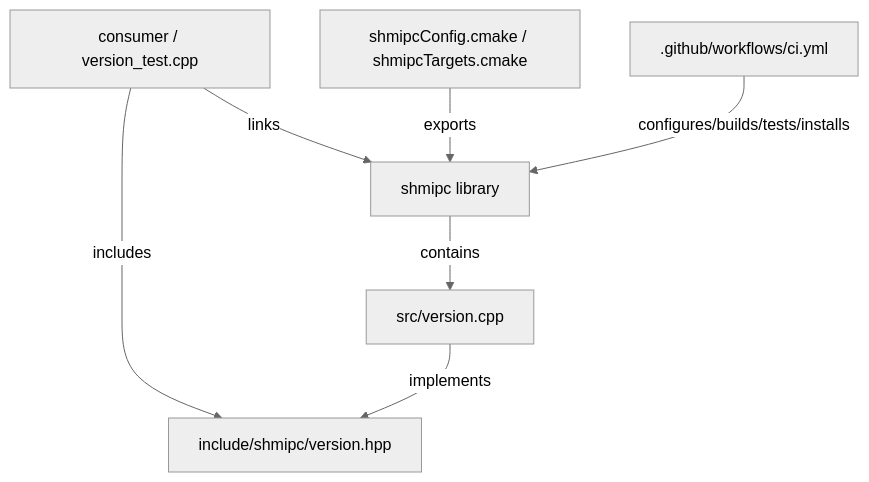
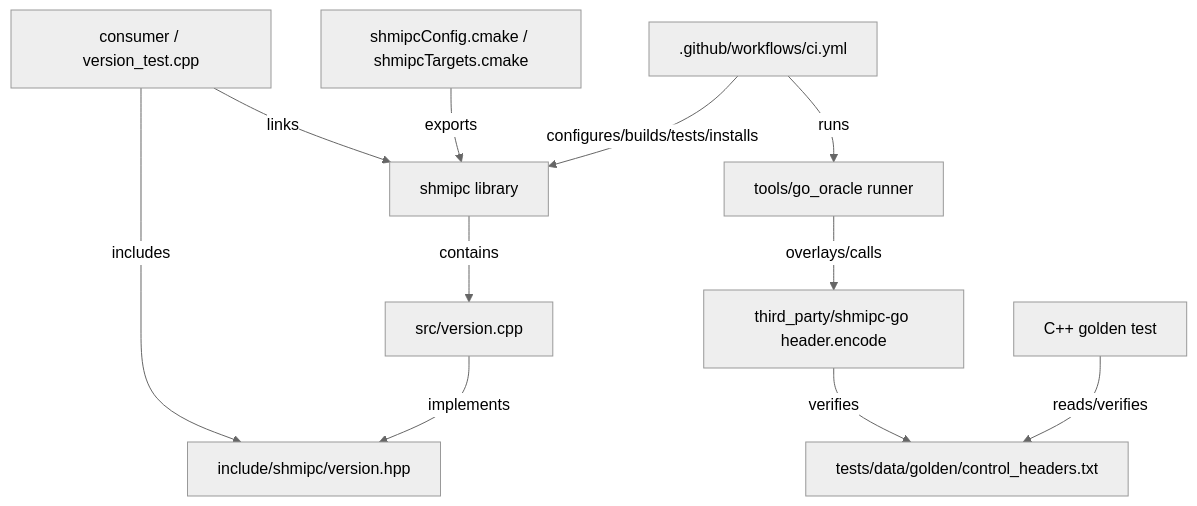
Before and after one commit to supermanc88/shmipc-cpp: the first of 5 diagrams in arch_docs/graphs/relations.md, drawn with Mermaid (neutral theme). The commit also changed 18 other files, not shown here.

Commit message:
test: add Go control header oracle

````diff
--- a/arch_docs/graphs/relations.md
+++ b/arch_docs/graphs/relations.md
@@ -5,16 +5,24 @@
 ```mermaid
 graph TD
   consumer["consumer / version_test.cpp"]
   public["include/shmipc/version.hpp"]
   library["shmipc library"]
   implementation["src/version.cpp"]
   package["shmipcConfig.cmake / shmipcTargets.cmake"]
   ci[".github/workflows/ci.yml"]
+  runner["tools/go_oracle runner"]
+  upstream["third_party/shmipc-go header.encode"]
+  golden["tests/data/golden/control_headers.txt"]
+  golden_test["C++ golden test"]
 
   consumer -- includes --> public
   consumer -- links --> library
   implementation -- implements --> public
   library -- contains --> implementation
   package -- exports --> library
   ci -- configures/builds/tests/installs --> library
+  runner -- overlays/calls --> upstream
+  upstream -- verifies --> golden
+  golden_test -- reads/verifies --> golden
+  ci -- runs --> runner
 ```
````
